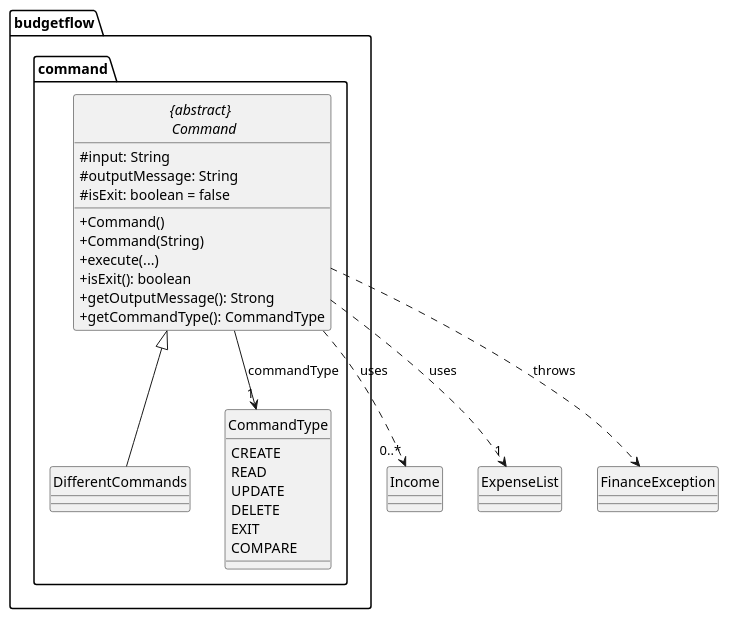
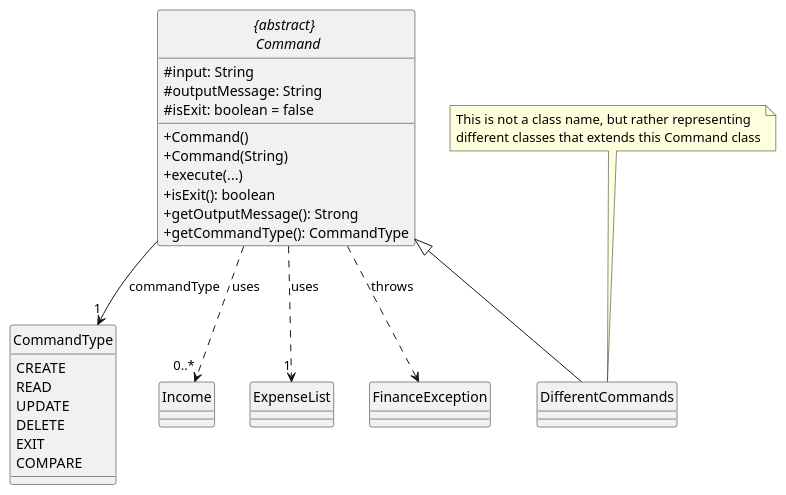
One commit to thienkimtranhoang/tp changed the diagram in docs/diagrams/Command_class.puml. Above: the diagram before and after it, drawn with PlantUML. The commit also changed 7 other files, not shown here.

Commit message:
Fix UML graphs

```diff
--- a/docs/diagrams/Command_class.puml
+++ b/docs/diagrams/Command_class.puml
@@ -1,39 +1,41 @@
 @startuml
 'https://plantuml.com/class-diagram
 hide circle
 skinparam classAttributeIconSize 0
-package budgetflow.command {
-    abstract class "{abstract} \n Command" {
-        #input: String
-        #outputMessage: String
-        #isExit: boolean = false
-        +Command()
-        +Command(String)
-        +execute(...)
-        +isExit(): boolean
-        +getOutputMessage(): Strong
-        +getCommandType(): CommandType
-    }
-    class DifferentCommands
-    enum CommandType {
-    CREATE
-    READ
-    UPDATE
-    DELETE
-    EXIT
-    COMPARE
-    }
+abstract class "{abstract} \n Command" {
+    #input: String
+    #outputMessage: String
+    #isExit: boolean = false
+    +Command()
+    +Command(String)
+    +execute(...)
+    +isExit(): boolean
+    +getOutputMessage(): Strong
+    +getCommandType(): CommandType
+}
+class DifferentCommands
+note top of DifferentCommands {
+    This is not a class name, but rather representing
+    different classes that extends this Command class
+}
+enum CommandType {
+CREATE
+READ
+UPDATE
+DELETE
+EXIT
+COMPARE
 }
 
 class Income
 class ExpenseList
 
 class FinanceException
 DifferentCommands -up-|> "{abstract} \n Command"
 "{abstract} \n Command" ..> "0..*" Income:  uses
 "{abstract} \n Command" ..> "1" ExpenseList: uses
 "{abstract} \n Command" --> "1" CommandType: commandType
 "{abstract} \n Command" ..> FinanceException: throws
 
 
 @enduml
```
